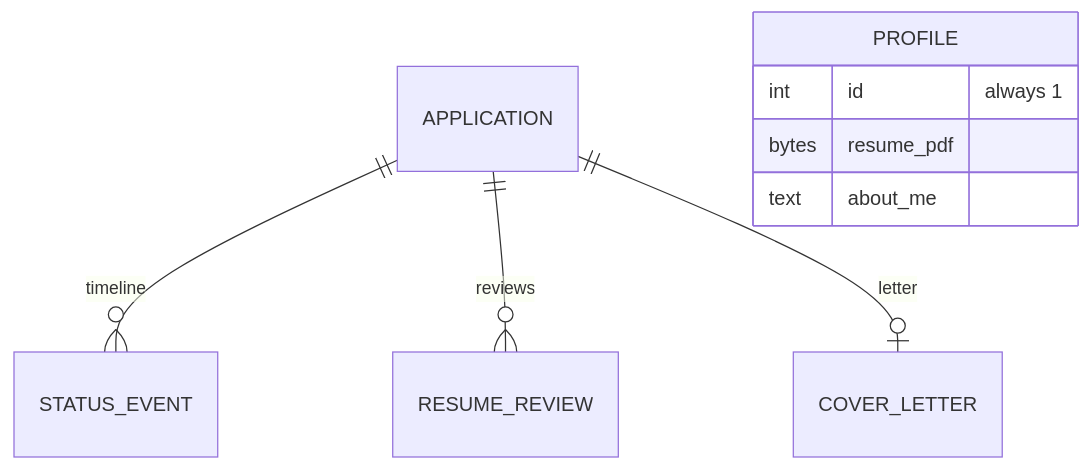
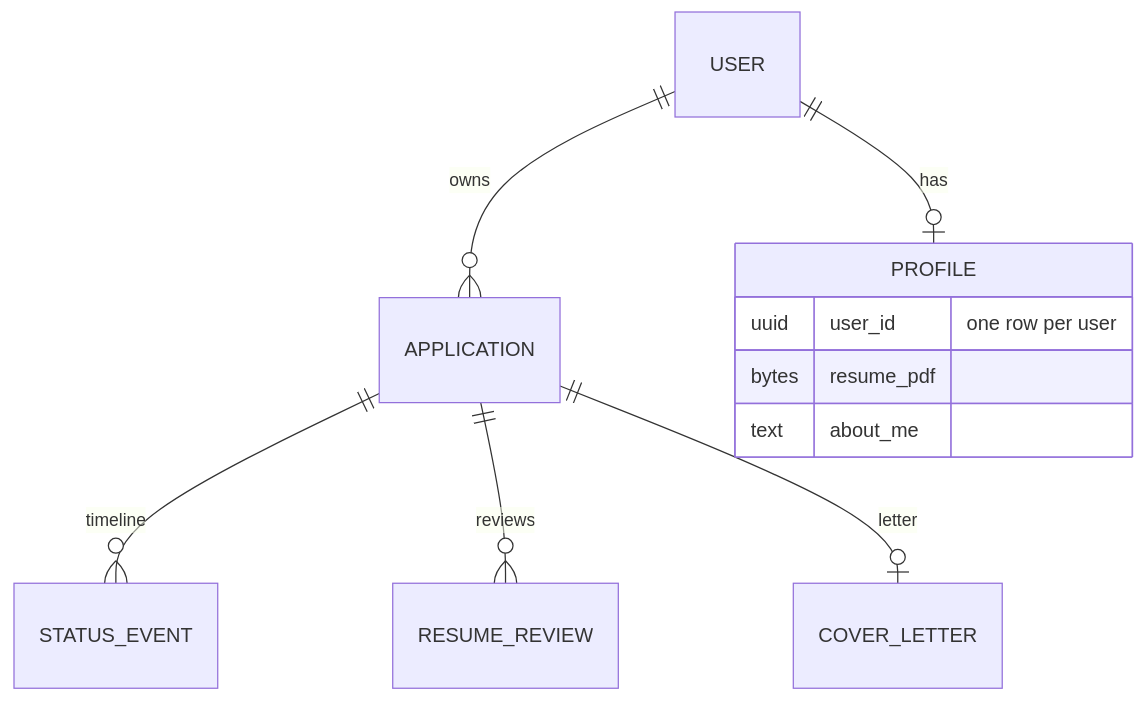
Before and after one commit to smil7/job-tracker: the third of 5 diagrams in docs/ARCHITECTURE.md, drawn with Mermaid. The commit also changed other lines of this file and 15 other files, not shown here.

First line of the commit message:
Give each user their own applications and profile

````diff
--- a/docs/ARCHITECTURE.md
+++ b/docs/ARCHITECTURE.md
@@ -99,11 +100,13 @@
 ```mermaid
 erDiagram
     APPLICATION ||--o{ STATUS_EVENT : "timeline"
     APPLICATION ||--o{ RESUME_REVIEW : "reviews"
     APPLICATION ||--o| COVER_LETTER : "letter"
+    USER ||--o{ APPLICATION : "owns"
+    USER ||--o| PROFILE : "has"
     PROFILE {
-        int id "always 1"
+        uuid user_id "one row per user"
         bytes resume_pdf
         text about_me
     }
 ```
````
